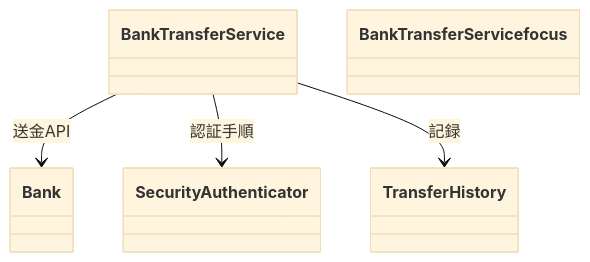
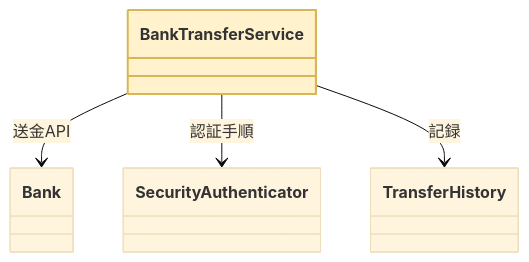
Diagram 11 of 17 in kindle/design-patterns/output/chapter02.md (kumachan1101-pixel/DesignPattern), drawn with Mermaid (base theme) before and after one commit. The commit also changed other lines of this file and 15 other files, not shown here.

First line of the commit message:
全章classDiagram: phantom浮きクラスを生む着色構文 class X focus を :::focus へ修正（103箇所）

````diff
--- a/kindle/design-patterns/output/chapter02.md
+++ b/kindle/design-patterns/output/chapter02.md
@@ -1452,12 +1452,12 @@
 ```mermaid
 classDiagram
     class BankTransferService
     class Bank
     class SecurityAuthenticator
     class TransferHistory
     BankTransferService --> Bank : 送金API
     BankTransferService --> SecurityAuthenticator : 認証手順
     BankTransferService --> TransferHistory : 記録
-    class BankTransferService focus
+    class BankTransferService:::focus
     classDef focus fill:#FFF2CC,stroke:#D6B656,stroke-width:2px
 ```
````
